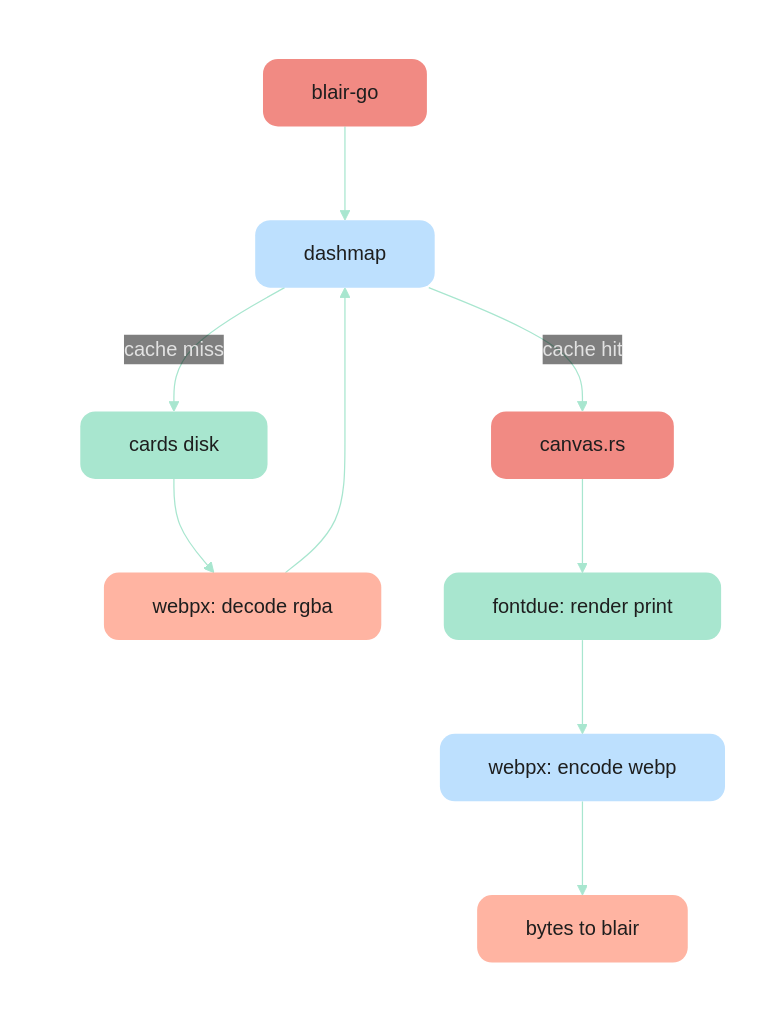
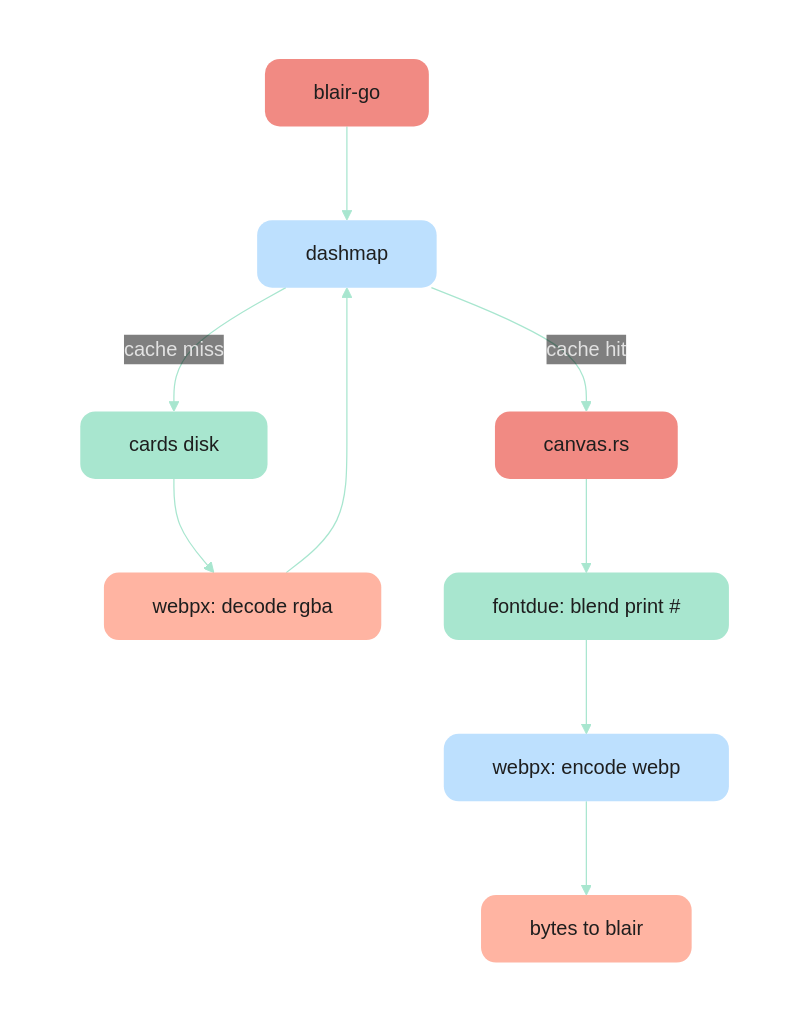
Before and after one commit to clarinep/sumi: the diagram in README.md, drawn with Mermaid. The commit also changed other lines of this file, not shown here.

````diff
--- a/README.md
+++ b/README.md
@@ -51,48 +51,48 @@
 ```mermaid
 ---
 config:
   theme: base
   themeVariables:
     background: "transparent"
     clusterBkg: "transparent"
     clusterBorder: "transparent"
     lineColor: "#a8e6cf"
     primaryTextColor: "#e2e2e2"
     edgeLabelBackground: "transparent"
     fontFamily: "ui-sans-serif, system-ui, sans-serif"
   padding: 30
   flowchart:
     curve: basis
 ---
 flowchart TD
     subgraph sumi[" "]
         direction TB
         server["&nbsp;&nbsp;blair-go&nbsp;&nbsp;"]
         cache["&nbsp;&nbsp;dashmap&nbsp;&nbsp;"]
         disk["&nbsp;&nbsp;cards disk&nbsp;&nbsp;"]
         decode["&nbsp;&nbsp;webpx: decode rgba&nbsp;&nbsp;"]
         canvas["&nbsp;&nbsp;canvas.rs&nbsp;&nbsp;"]
-        fontdue["&nbsp;&nbsp;fontdue: render print&nbsp;&nbsp;"]
+        fontdue["&nbsp;&nbsp;fontdue: blend print #&nbsp;&nbsp;"]
         encode["&nbsp;&nbsp;webpx: encode webp&nbsp;&nbsp;"]
         output["&nbsp;&nbsp;bytes to blair&nbsp;&nbsp;"]
     end
 
     server --> cache
     cache -- cache miss --> disk
     disk --> decode
     decode --> cache
     cache -- cache hit --> canvas
     canvas --> fontdue
     fontdue --> encode
     encode --> output
 
     classDef base fill:#a8e6cf,stroke:none,color:#1e1e1e,rx:12,ry:12
     classDef peach fill:#ffb4a2,stroke:none,color:#1e1e1e,rx:12,ry:12
     classDef coral fill:#f18a83,stroke:none,color:#1e1e1e,rx:12,ry:12
     classDef blue fill:#bde0fe,stroke:none,color:#1e1e1e,rx:12,ry:12
 
     class disk,fontdue base
     class decode,output peach
     class server,canvas coral
     class cache,encode blue
 ```
````
